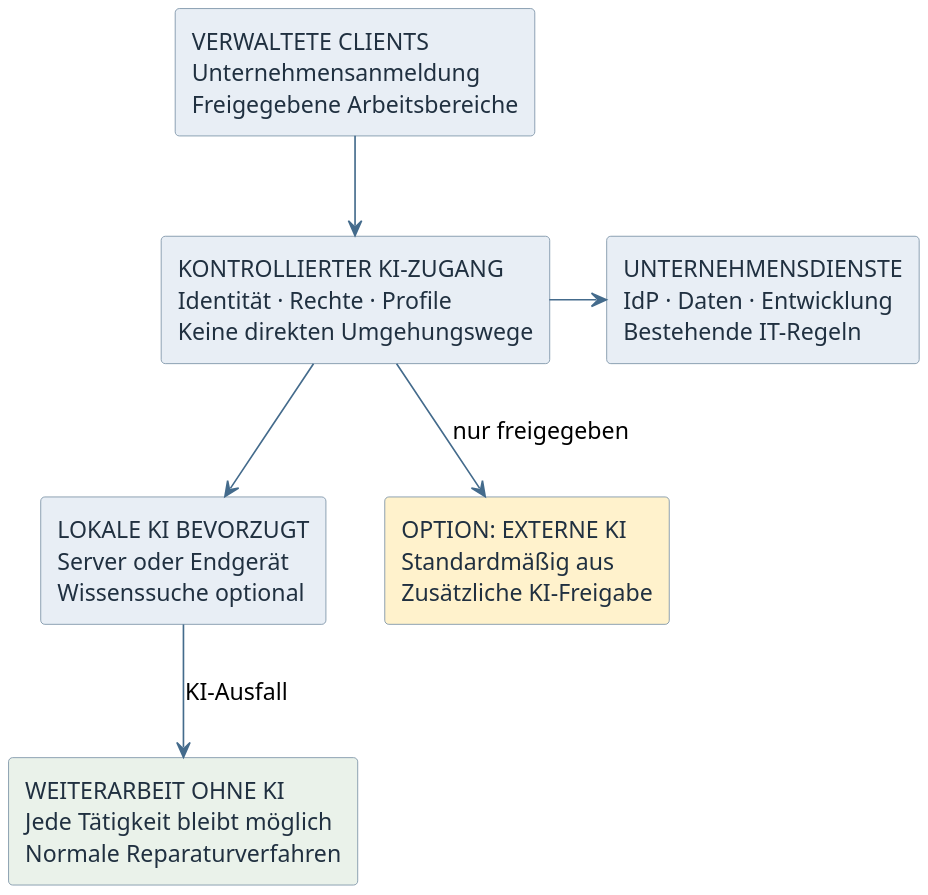
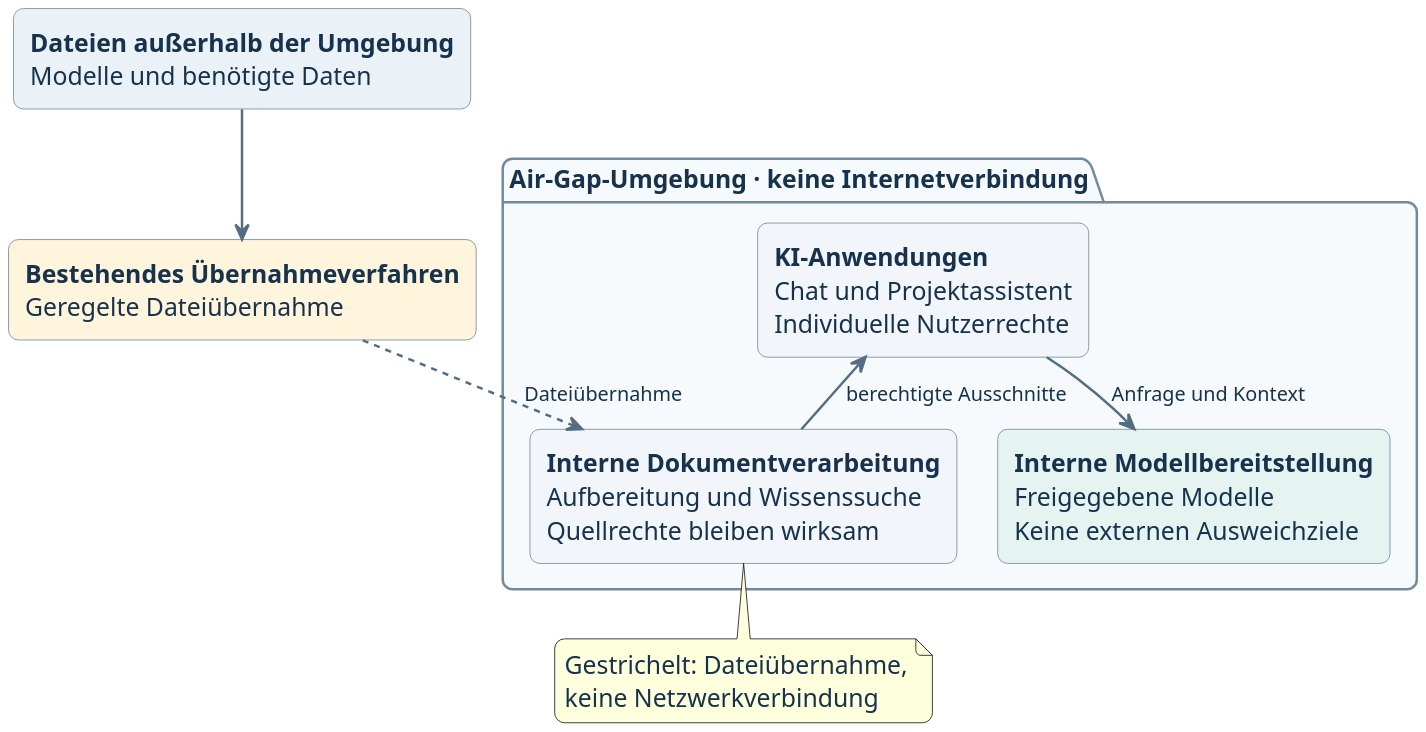
One commit to adrianweidig/allgemeines-ki-it-sicherheitskonzept changed the diagram in diagramme/architektur.puml. Above: the diagram before and after it, drawn with PlantUML. The commit also changed 49 other files, not shown here.

Commit message:
Referenz 0.3.0 mit Air-Gap- und Cloud-Szenarien erstellen

```diff
--- a/diagramme/architektur.puml
+++ b/diagramme/architektur.puml
@@ -1,30 +1,37 @@
 @startuml
 skinparam dpi 180
 skinparam backgroundColor #FFFFFF
 skinparam shadowing false
 skinparam defaultFontName Arial
-skinparam defaultFontSize 14
-skinparam ArrowColor #446B8C
-skinparam activity {
-  BackgroundColor #E8EEF5
-  BorderColor #7890A5
-  FontColor #203040
+skinparam defaultFontSize 15
+skinparam defaultFontColor #17324D
+skinparam ArrowColor #536D82
+skinparam ArrowFontSize 12
+skinparam ArrowThickness 1.5
+skinparam roundCorner 12
+skinparam nodesep 24
+skinparam ranksep 26
+skinparam rectangle {
+  BackgroundColor #F2F6FA
+  BorderColor #738A9E
 }
-skinparam rectangle {
-  BackgroundColor #E8EEF5
-  BorderColor #7890A5
-  FontColor #203040
+skinparam package {
+  BackgroundColor #F7FAFC
+  BorderColor #738A9E
 }
-rectangle "VERWALTETE CLIENTS\nUnternehmensanmeldung\nFreigegebene Arbeitsbereiche" as client
-rectangle "KONTROLLIERTER KI-ZUGANG\nIdentität · Rechte · Profile\nKeine direkten Umgehungswege" as gateway
-rectangle "UNTERNEHMENSDIENSTE\nIdP · Daten · Entwicklung\nBestehende IT-Regeln" as support
-rectangle "LOKALE KI BEVORZUGT\nServer oder Endgerät\nWissenssuche optional" as lokal
-rectangle "OPTION: EXTERNE KI\nStandardmäßig aus\nZusätzliche KI-Freigabe" as extern #FFF2CC
-rectangle "WEITERARBEIT OHNE KI\nJede Tätigkeit bleibt möglich\nNormale Reparaturverfahren" as weiter #EAF2EA
-client -down-> gateway
-gateway -right-> support
-gateway -down-> lokal
-lokal -[hidden]right-> extern
-gateway -down-> extern : nur freigegeben
-lokal -down-> weiter : KI-Ausfall
+rectangle "<b>Dateien außerhalb der Umgebung</b>\nModelle und benötigte Daten" as eingang #EAF2F8
+rectangle "<b>Bestehendes Übernahmeverfahren</b>\nGeregelte Dateiübernahme" as schleuse #FFF4DC
+package "Air-Gap-Umgebung · keine Internetverbindung" {
+ rectangle "<b>KI-Anwendungen</b>\nChat und Projektassistent\nIndividuelle Nutzerrechte" as app
+ rectangle "<b>Interne Modellbereitstellung</b>\nFreigegebene Modelle\nKeine externen Ausweichziele" as model #E5F3F1
+ rectangle "<b>Interne Dokumentverarbeitung</b>\nAufbereitung und Wissenssuche\nQuellrechte bleiben wirksam" as daten
+ app -down-> model : Anfrage und Kontext
+ daten -up-> app : berechtigte Ausschnitte
+}
+eingang -down-> schleuse
+schleuse ..> daten : Dateiübernahme
+note bottom of daten
+Gestrichelt: Dateiübernahme,
+keine Netzwerkverbindung
+end note
 @enduml
```
